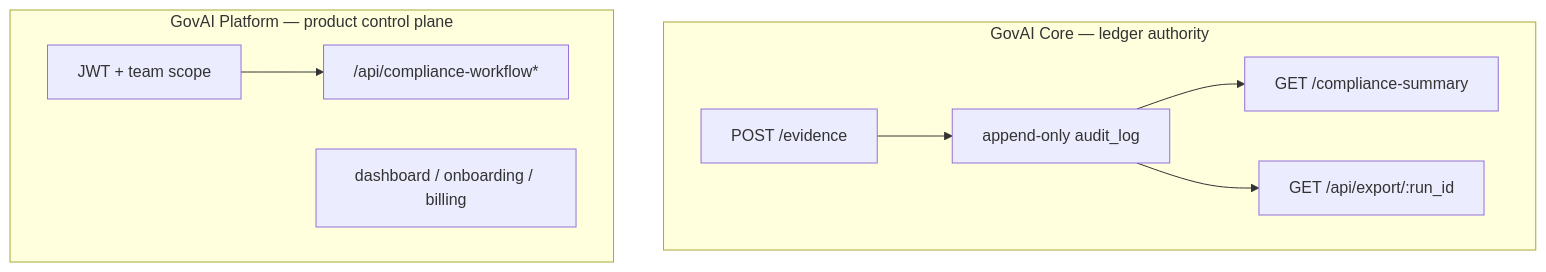
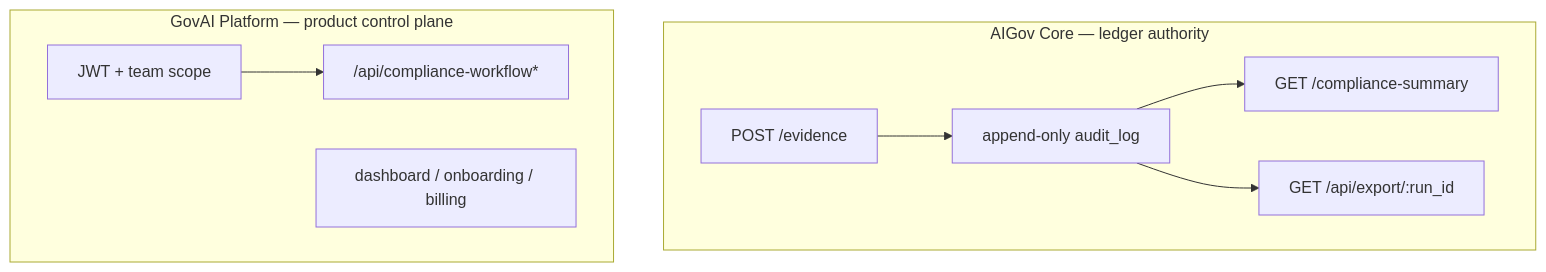
The diagram in docs/architecture/platform-vs-core-boundary.md (MonikaDvorackova/aigov-core), drawn with Mermaid before and after one commit. The commit also changed other lines of this file and 108 other files, not shown here.

````diff
--- a/docs/architecture/platform-vs-core-boundary.md
+++ b/docs/architecture/platform-vs-core-boundary.md
@@ -38,17 +38,17 @@
 ```mermaid
 flowchart TB
-  subgraph core [GovAI Core — ledger authority]
+  subgraph core [AIGov Core — ledger authority]
     E["POST /evidence"]
     L["append-only audit_log"]
     S["GET /compliance-summary"]
     X["GET /api/export/:run_id"]
     E --> L --> S
     L --> X
   end
   subgraph plat [GovAI Platform — product control plane]
     J["JWT + team scope"]
     W["/api/compliance-workflow*"]
     D["dashboard / onboarding / billing"]
     J --> W
   end
 ```
````
